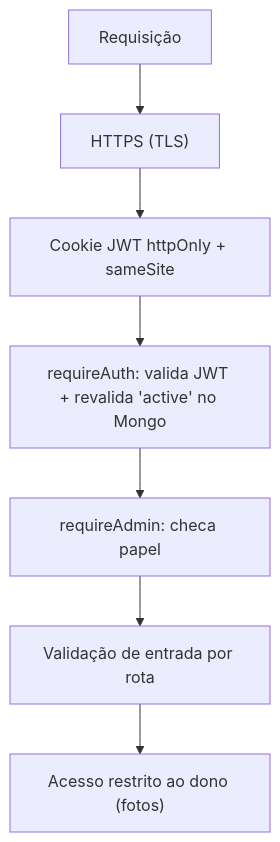
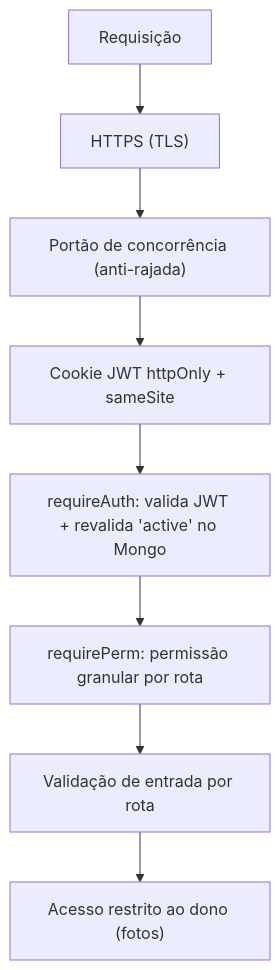
Before and after one commit to Vaniteux2006/pdv_memphis: the diagram in docs/07-seguranca.md, drawn with Mermaid. The commit also changed other lines of this file and 10 other files, not shown here.

````diff
--- a/docs/07-seguranca.md
+++ b/docs/07-seguranca.md
@@ -5,9 +5,10 @@
 ```mermaid
 flowchart TD
   R["Requisição"] --> H["HTTPS (TLS)"]
-  H --> C["Cookie JWT httpOnly + sameSite"]
+  H --> G["Portão de concorrência (anti-rajada)"]
+  G --> C["Cookie JWT httpOnly + sameSite"]
   C --> AUTH["requireAuth: valida JWT + revalida 'active' no Mongo"]
-  AUTH --> ROLE["requireAdmin: checa papel"]
-  ROLE --> VAL["Validação de entrada por rota"]
+  AUTH --> PERM["requirePerm: permissão granular por rota"]
+  PERM --> VAL["Validação de entrada por rota"]
   VAL --> DATA["Acesso restrito ao dono (fotos)"]
 ```
````
